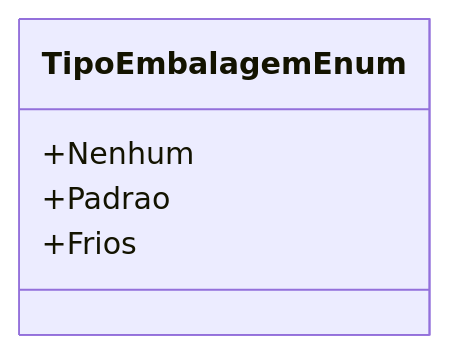
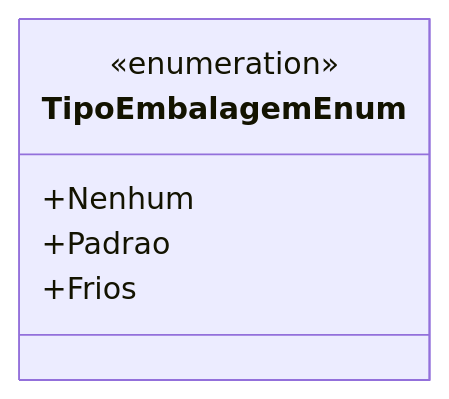
The diagram in docs/b2b-dominio/IsthmusWinthor.Nucleo/IsthmusWinthor.Dominio/Enumeradores/TipoEmbalagemEnum.md (IsthmusSistemas/documentacao-tecnica), drawn with Mermaid before and after one commit. The commit also changed other lines of this file and 882 other files, not shown here.

````diff
--- a/docs/b2b-dominio/IsthmusWinthor.Nucleo/IsthmusWinthor.Dominio/Enumeradores/TipoEmbalagemEnum.md
+++ b/docs/b2b-dominio/IsthmusWinthor.Nucleo/IsthmusWinthor.Dominio/Enumeradores/TipoEmbalagemEnum.md
@@ -11,8 +11,9 @@
 ```mermaid
 classDiagram
     class TipoEmbalagemEnum {
+        <<enumeration>>
         +Nenhum
         +Padrao
         +Frios
     }
 ```
````
